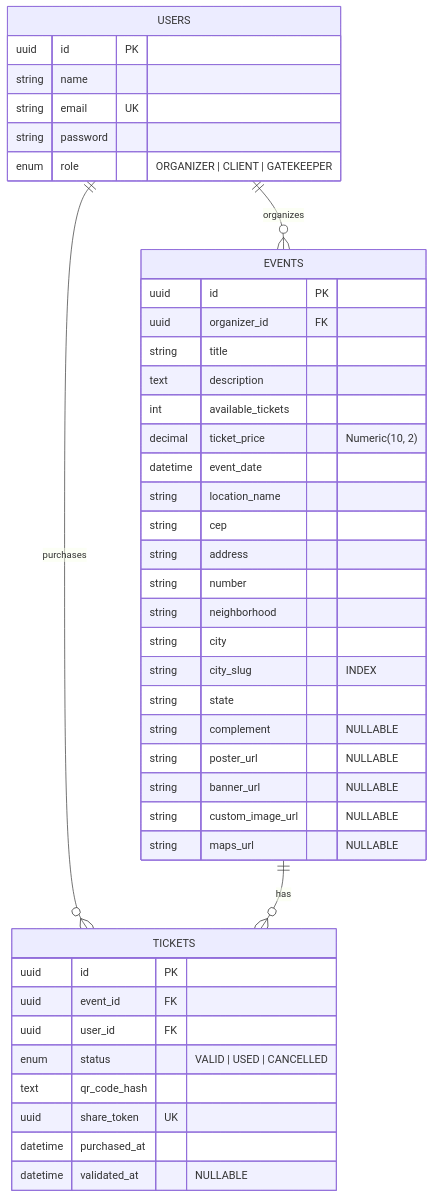
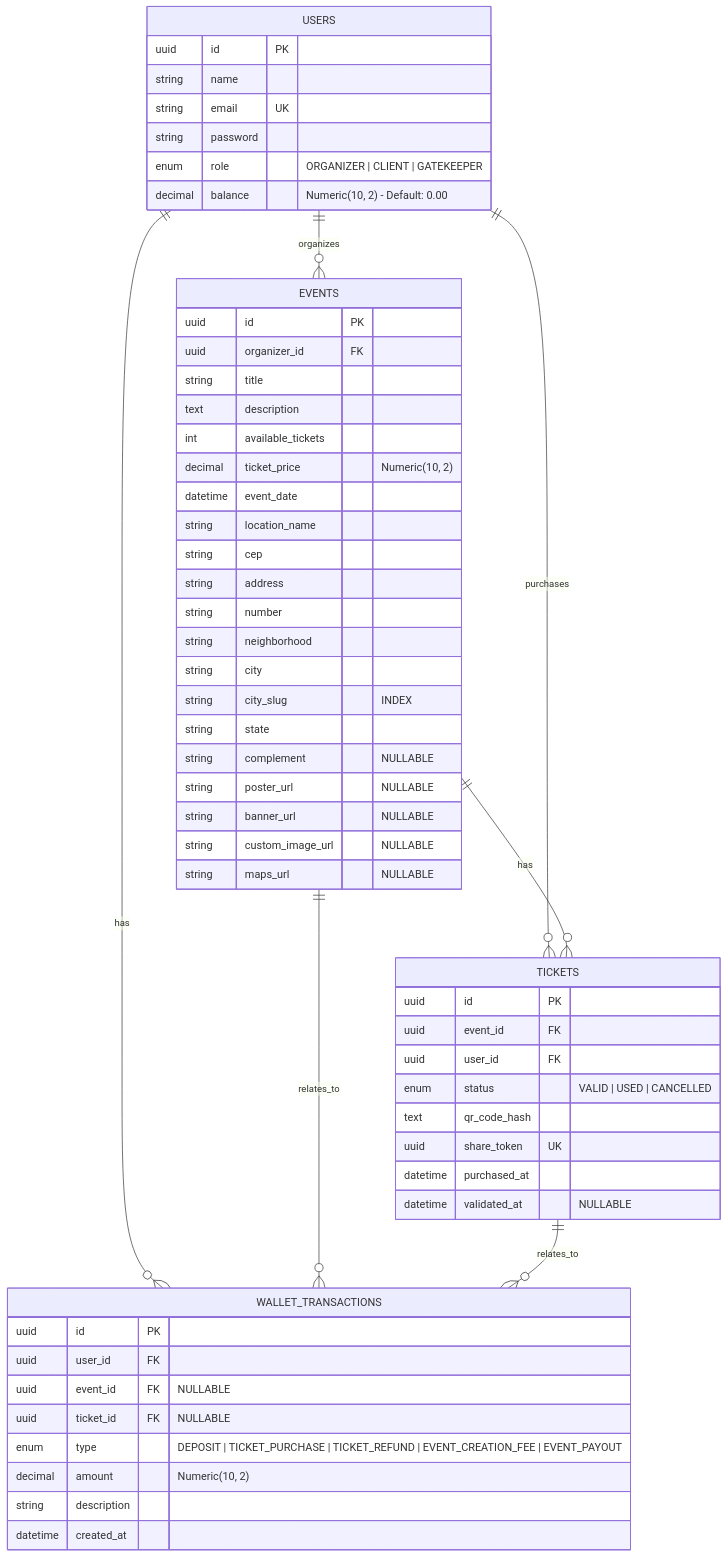
Before and after one commit to uallace-macedo/vzticket: the diagram in docs/especificacoes.md, drawn with Mermaid. The commit also changed 6 other files, not shown here.

Commit message:
feat: add wallet transactions table and balance to users

````diff
--- a/docs/especificacoes.md
+++ b/docs/especificacoes.md
@@ -40,48 +40,63 @@
 ```mermaid
 erDiagram
   USERS ||--o{ EVENTS : "organizes"
   USERS ||--o{ TICKETS : "purchases"
+  USERS ||--o{ WALLET_TRANSACTIONS : "has"
   EVENTS ||--o{ TICKETS : "has"
+  EVENTS ||--o{ WALLET_TRANSACTIONS : "relates_to"
+  TICKETS ||--o{ WALLET_TRANSACTIONS : "relates_to"
 
   USERS {
     uuid id PK
     string name
     string email UK
     string password
     enum role "ORGANIZER | CLIENT | GATEKEEPER"
+    decimal balance "Numeric(10, 2) - Default: 0.00"
   }
 
   EVENTS {
     uuid id PK
     uuid organizer_id FK
     string title
     text description
     int available_tickets
     decimal ticket_price "Numeric(10, 2)"
     datetime event_date
     string location_name
     string cep
     string address
     string number
     string neighborhood
     string city
     string city_slug "INDEX"
     string state
     string complement "NULLABLE"
     string poster_url "NULLABLE"
     string banner_url "NULLABLE"
     string custom_image_url "NULLABLE"
     string maps_url "NULLABLE"
   }
 
   TICKETS {
     uuid id PK
     uuid event_id FK
     uuid user_id FK
     enum status "VALID | USED | CANCELLED"
     text qr_code_hash
     uuid share_token UK
     datetime purchased_at
     datetime validated_at "NULLABLE"
   }
+
+  WALLET_TRANSACTIONS {
+    uuid id PK
+    uuid user_id FK
+    uuid event_id FK "NULLABLE"
+    uuid ticket_id FK "NULLABLE"
+    enum type "DEPOSIT | TICKET_PURCHASE | TICKET_REFUND | EVENT_CREATION_FEE | EVENT_PAYOUT"
+    decimal amount "Numeric(10, 2)"
+    string description
+    datetime created_at
+  }
 ```
````
